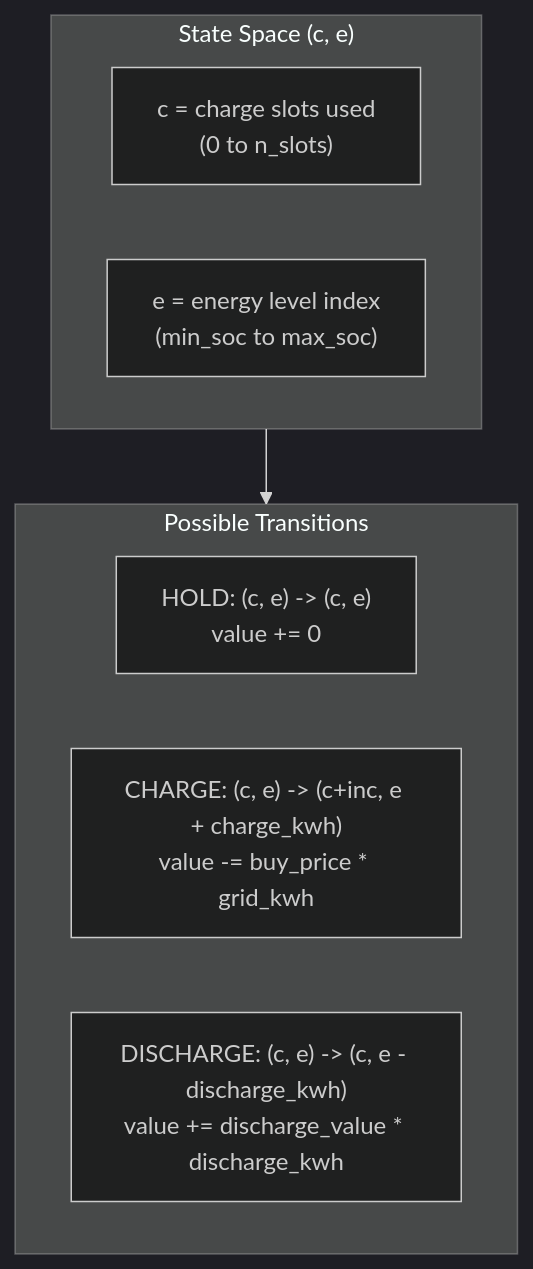
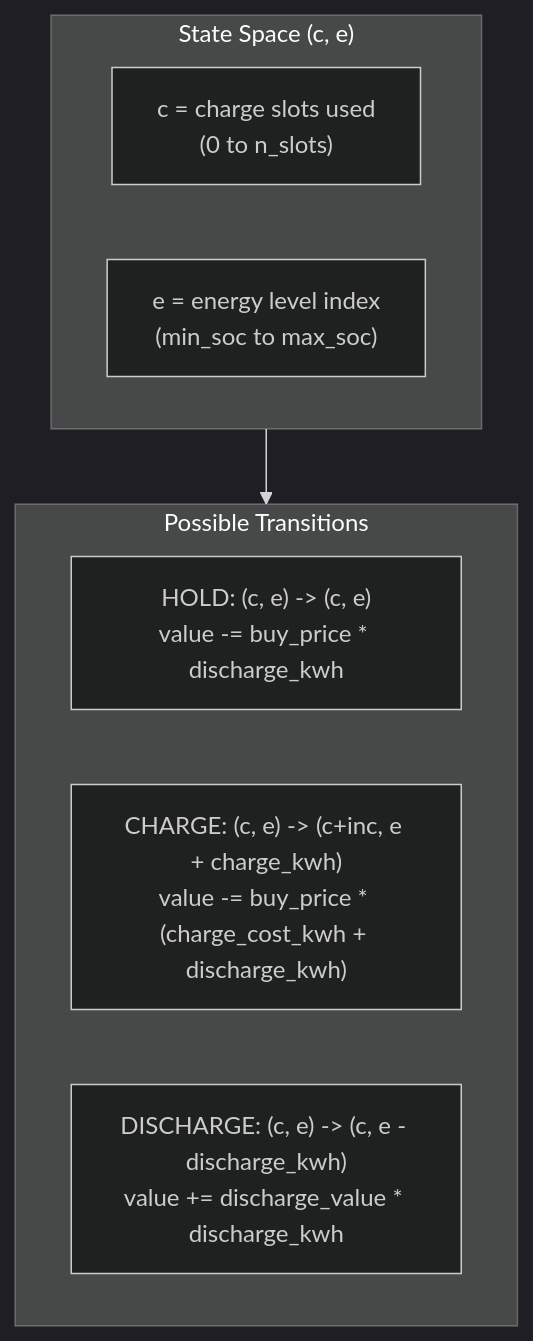
One commit to jekmanis/battery-optimizer changed the fourth of 12 diagrams in docs/scheduling-algorithm.md. Above: the diagram before and after it, drawn with Mermaid (dark theme). The commit also changed other lines of this file, not shown here.

````diff
--- a/docs/scheduling-algorithm.md
+++ b/docs/scheduling-algorithm.md
@@ -136,15 +136,15 @@
 ```mermaid
 flowchart TB
     subgraph State["State Space (c, e)"]
         C["c = charge slots used<br/>(0 to n_slots)"]
         E["e = energy level index<br/>(min_soc to max_soc)"]
     end
 
     subgraph Transitions["Possible Transitions"]
-        HOLD["HOLD: (c, e) -> (c, e)<br/>value += 0"]
-        CHARGE["CHARGE: (c, e) -> (c+inc, e + charge_kwh)<br/>value -= buy_price * grid_kwh"]
+        HOLD["HOLD: (c, e) -> (c, e)<br/>value -= buy_price * discharge_kwh"]
+        CHARGE["CHARGE: (c, e) -> (c+inc, e + charge_kwh)<br/>value -= buy_price * (charge_cost_kwh + discharge_kwh)"]
         DISCHARGE["DISCHARGE: (c, e) -> (c, e - discharge_kwh)<br/>value += discharge_value * discharge_kwh"]
     end
 
     State --> Transitions
 ```
````
